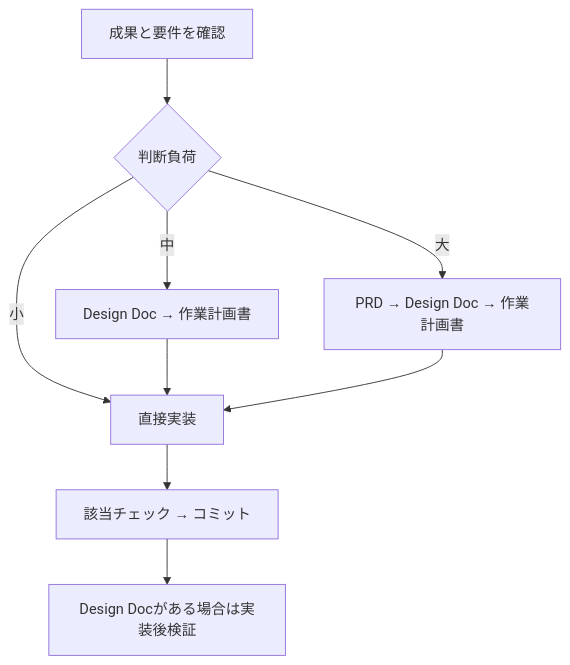
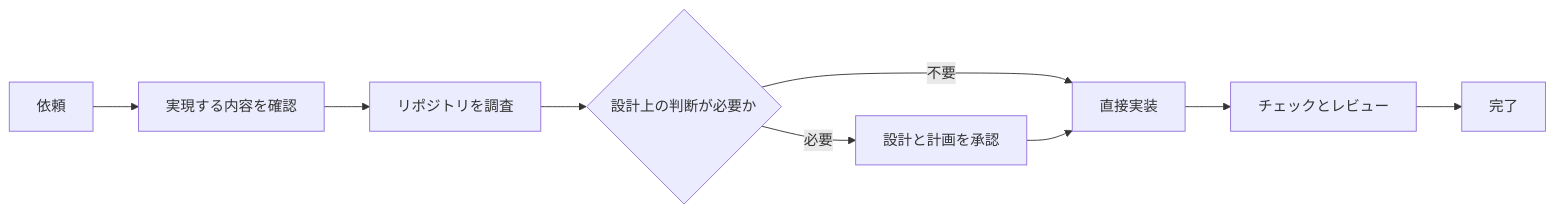
The diagram in README.ja.md (shinpr/ai-coding-project-boilerplate), drawn with Mermaid before and after one commit. The commit also changed other lines of this file and 1 other file, not shown here.

````diff
--- a/README.ja.md
+++ b/README.ja.md
@@ -43,11 +71,11 @@
 ```mermaid
-flowchart TD
-    R[成果と要件を確認] --> S{判断負荷}
-    S -->|小| I[直接実装]
-    S -->|中| D[Design Doc → 作業計画書]
-    S -->|大| P[PRD → Design Doc → 作業計画書]
-    D --> I
-    P --> I
-    I --> Q[該当チェック → コミット]
-    Q --> V[Design Docがある場合は実装後検証]
+flowchart LR
+    A[依頼] --> B[実現する内容を確認]
+    B --> C[リポジトリを調査]
+    C --> D{設計上の判断が必要か}
+    D -->|不要| E[直接実装]
+    D -->|必要| F[設計と計画を承認]
+    F --> E
+    E --> G[チェックとレビュー]
+    G --> H[完了]
 ```
````
